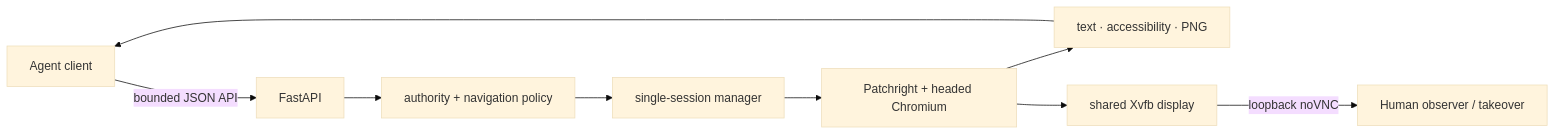
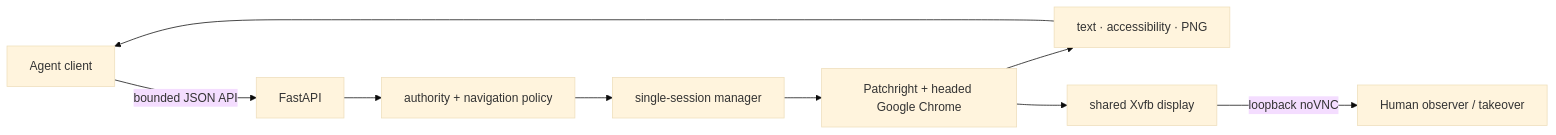
Before and after one commit to AetherAI3/agent-browser: the diagram in README.md, drawn with Mermaid (base theme). The commit also changed other lines of this file and 15 other files, not shown here.

````diff
--- a/README.md
+++ b/README.md
@@ -129,11 +131,11 @@
 ```mermaid
 flowchart LR
     Agent["Agent client"] -->|bounded JSON API| API["FastAPI"]
     API --> Guard["authority + navigation policy"]
     Guard --> Session["single-session manager"]
-    Session --> Chrome["Patchright + headed Chromium"]
+    Session --> Chrome["Patchright + headed Google Chrome"]
     Chrome --> State["text · accessibility · PNG"]
     State --> Agent
     Chrome --> Display["shared Xvfb display"]
     Display -->|loopback noVNC| Human["Human observer / takeover"]
 ```
````
